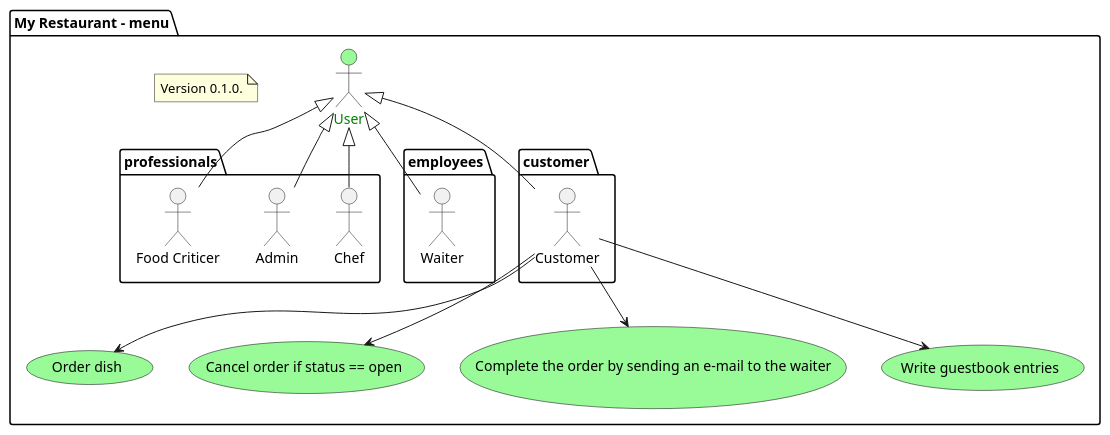
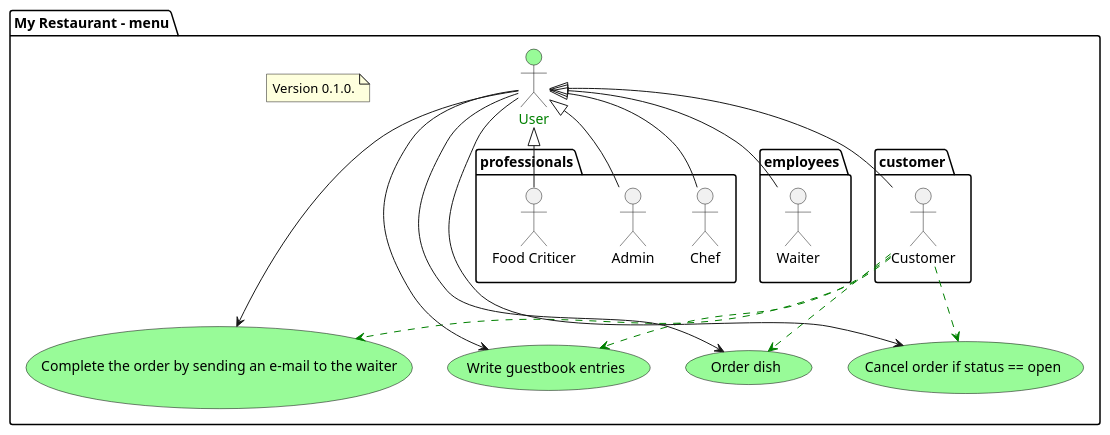
One commit to tonisun/menu changed the diagram in public/doc/UCD-customer_v1.plantuml. Above: the diagram before and after it, drawn with PlantUML. The commit also changed 1 other file, not shown here.

```diff
--- a/public/doc/UCD-customer_v1.plantuml
+++ b/public/doc/UCD-customer_v1.plantuml
@@ -1,39 +1,44 @@
 @startuml
 package "My Restaurant - menu" {
     
     actor User as u #palegreen;line:black;text:green;
 
     package professionals {
         actor Chef as ch
         actor Admin as a
         actor "Food Criticer" as fc
     }
     package employees {
         
         actor Waiter as w
     }
     package customer {
         actor Customer as c  
     }
 
     note "Version 0.1.0." as n1 
 
     u <|-- c
     u <|-- w
     u <|-- a
     u <|-- ch
     u <|-- fc
 
     usecase "Order dish" as UC0 #palegreen;line:black;text:black;
     usecase "Cancel order if status == open" as UC1 #palegreen;line:black;text:black;
     usecase "Complete the order by sending an e-mail to the waiter" as UC2 #palegreen;line:black;text:black;
     usecase "Write guestbook entries" as UC3 #palegreen;line:black;text:black;
 
-    c --> UC0
-    c --> UC1
-    c --> UC2
-    c --> UC3
+    c --> UC0 #green;line.dashed;
+    c --> UC1 #green;line.dashed;
+    c --> UC2 #green;line.dashed;
+    c --> UC3 #green;line.dashed;
+
+    u --> UC0
+    u --> UC1 
+    u --> UC2 
+    u --> UC3 
 }
 
 
 @enduml
```
